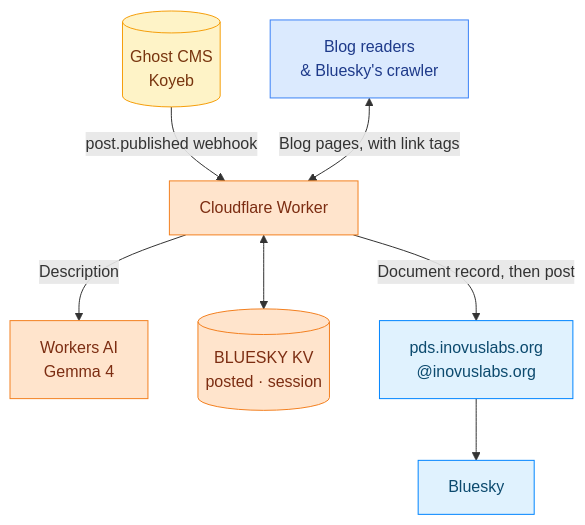
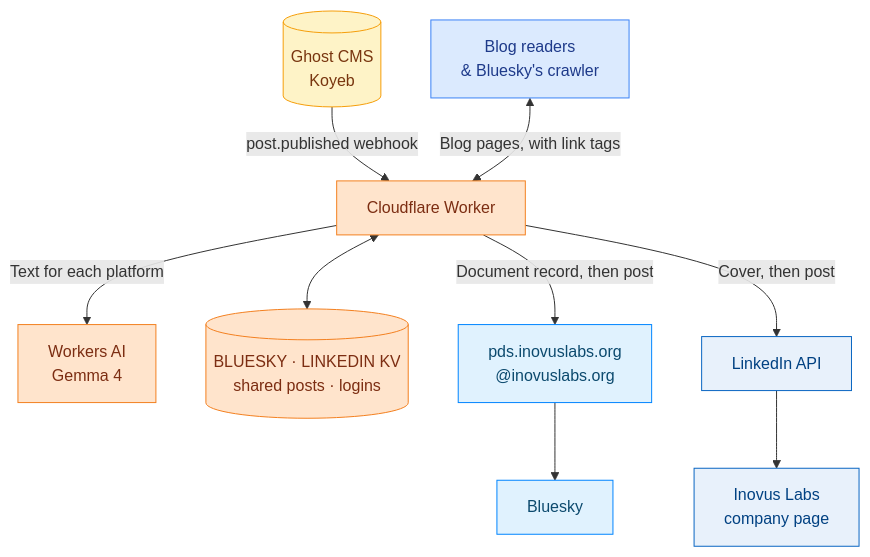
One commit to inovus-labs/kiosk.inovuslabs.org changed the second of 3 diagrams in worker/README.md. Above: the diagram before and after it, drawn with Mermaid. The commit also changed other lines of this file and 1 other file, not shown here.

Commit message:
docs(worker): describe sharing new posts to Bluesky and LinkedIn

````diff
--- a/worker/README.md
+++ b/worker/README.md
@@ -100,27 +99,34 @@
 ```mermaid
 flowchart TD
     %% ── Sources ─────────────────────────────────
     G[(Ghost CMS<br/>Koyeb)]:::source
     V[Blog readers<br/>& Bluesky's crawler]:::user
 
     %% ── Worker ──────────────────────────────────
     W[Cloudflare Worker]:::cf
     AI[Workers AI<br/>Gemma 4]:::cf
-    KV[(BLUESKY KV<br/>posted · session)]:::cf
+    KV[(BLUESKY · LINKEDIN KV<br/>shared posts · logins)]:::cf
 
     %% ── Bluesky ─────────────────────────────────
     PDS["pds.inovuslabs.org<br/>@inovuslabs.org"]:::bsky
     BS[Bluesky]:::bsky
 
+    %% ── LinkedIn ────────────────────────────────
+    LI[LinkedIn API]:::linkedin
+    LP[Inovus Labs<br/>company page]:::linkedin
+
     G -->|post.published webhook| W
-    W -->|Description| AI
+    W -->|Text for each platform| AI
     W <--> KV
     W -->|Document record, then post| PDS
     PDS --> BS
+    W -->|Cover, then post| LI
+    LI --> LP
     V <-->|Blog pages, with link tags| W
 
-    classDef user    fill:#DBEAFE,stroke:#3B82F6,color:#1E3A8A;
-    classDef source  fill:#FEF3C7,stroke:#F59E0B,color:#78350F;
-    classDef cf      fill:#FFE4CC,stroke:#F38020,color:#7C2D12;
-    classDef bsky    fill:#E0F2FE,stroke:#0085FF,color:#0C4A6E;
+    classDef user     fill:#DBEAFE,stroke:#3B82F6,color:#1E3A8A;
+    classDef source   fill:#FEF3C7,stroke:#F59E0B,color:#78350F;
+    classDef cf       fill:#FFE4CC,stroke:#F38020,color:#7C2D12;
+    classDef bsky     fill:#E0F2FE,stroke:#0085FF,color:#0C4A6E;
+    classDef linkedin fill:#E8F1FB,stroke:#0A66C2,color:#004182;
 ```
````
